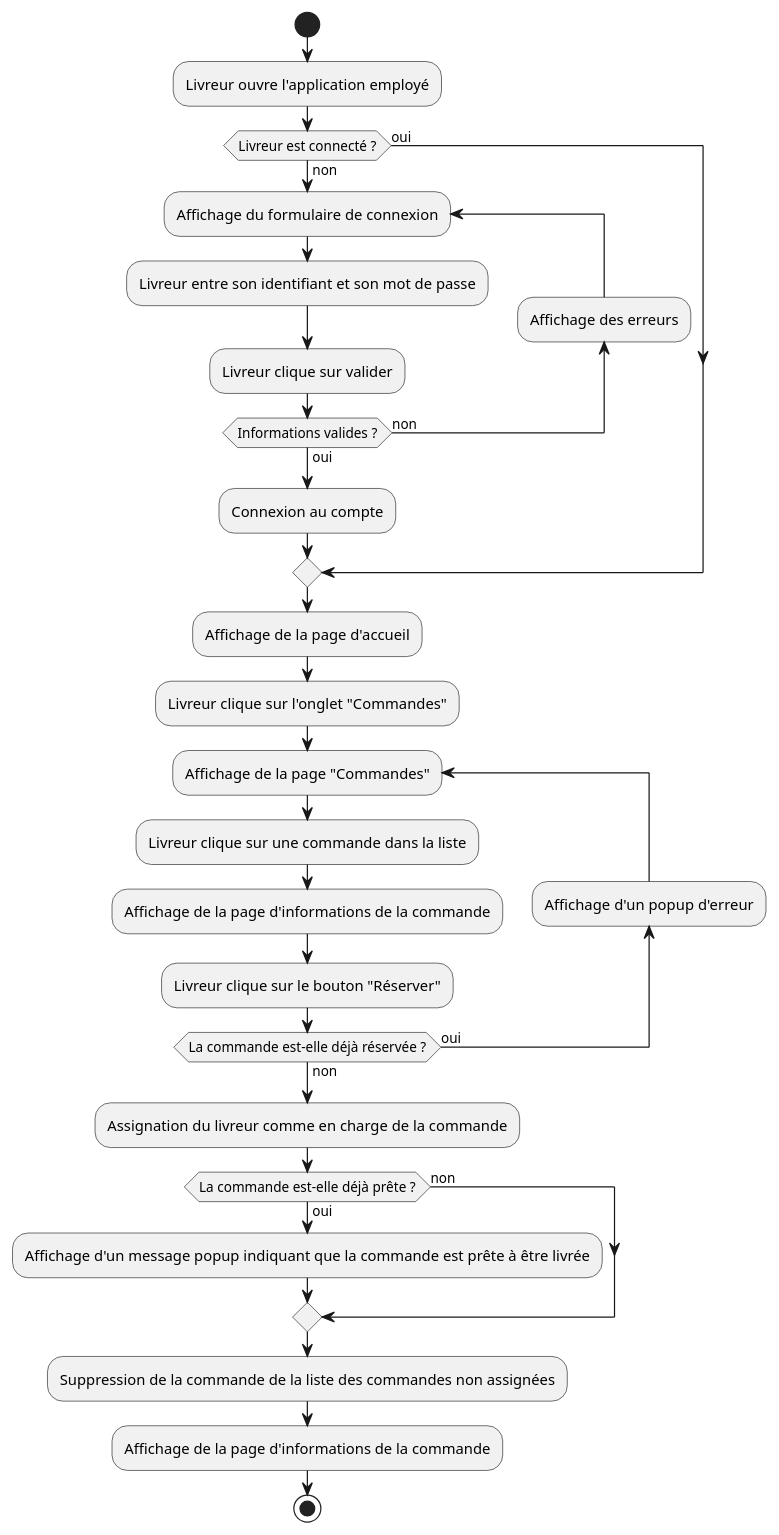
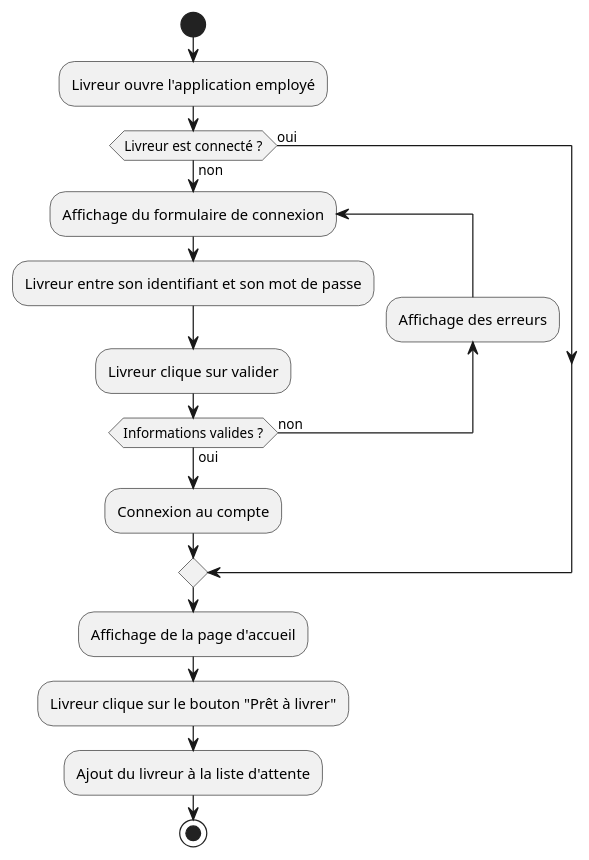
One commit to Gumpah/project_6 changed the diagram in diagrams/worker_enter_waiting_list.puml. Above: the diagram before and after it, drawn with PlantUML. The commit also changed 7 other files, not shown here.

Commit message:
Updating diagrams

```diff
--- a/diagrams/worker_enter_waiting_list.puml
+++ b/diagrams/worker_enter_waiting_list.puml
@@ -1,32 +1,21 @@
 @startuml
 'https://plantuml.com/activity-diagram-beta
 
 start
 :Livreur ouvre l'application employé;
 if (Livreur est connecté ?) then (oui)
 else (non)
 repeat :Affichage du formulaire de connexion;
 :Livreur entre son identifiant et son mot de passe;
 :Livreur clique sur valider;
 backward:Affichage des erreurs;
 repeat while (Informations valides ?) is (non) not (oui)
 :Connexion au compte;
 endif
 :Affichage de la page d'accueil;
-:Livreur clique sur l'onglet "Commandes";
-repeat :Affichage de la page "Commandes";
-:Livreur clique sur une commande dans la liste;
-:Affichage de la page d'informations de la commande;
-:Livreur clique sur le bouton "Réserver";
-backward:Affichage d'un popup d'erreur;
-repeat while (La commande est-elle déjà réservée ?) is (oui) not (non)
-:Assignation du livreur comme en charge de la commande;
-if (La commande est-elle déjà prête ?) then (non)
-else (oui)
-:Affichage d'un message popup indiquant que la commande est prête à être livrée;
-endif
-:Suppression de la commande de la liste des commandes non assignées;
-:Affichage de la page d'informations de la commande;
+:Livreur clique sur le bouton "Prêt à livrer";
+:Ajout du livreur à la liste d'attente;
+
 stop
 
 @enduml
```
